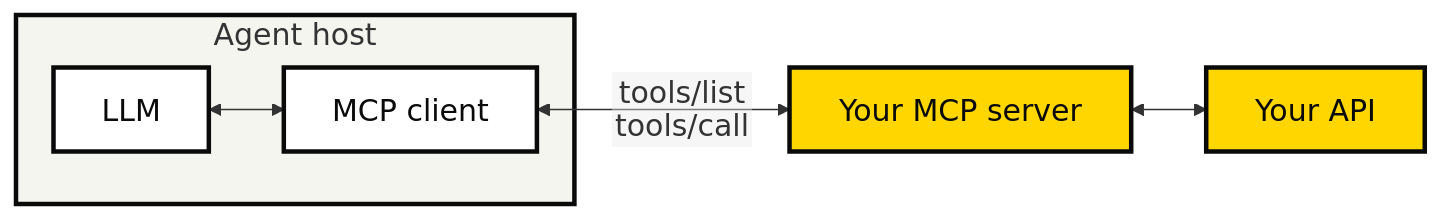
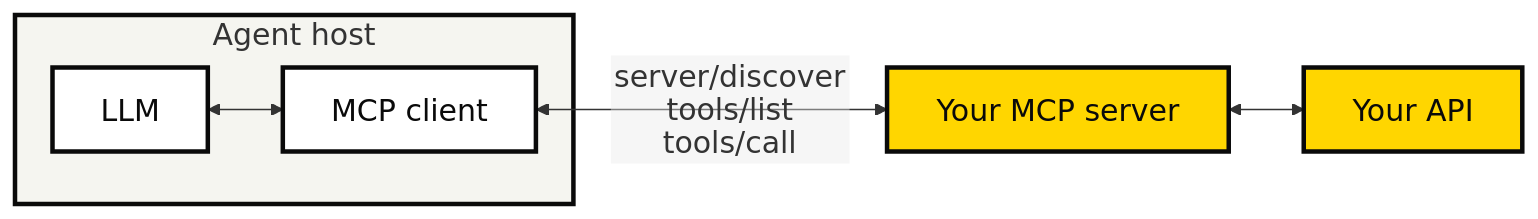
One commit to IndrajeetPatil/software-for-agentic-age changed the diagram in index.qmd. Above: the diagram before and after it, drawn with Mermaid. The commit also changed other lines of this file and 4 other files, not shown here.

````diff
--- a/index.qmd
+++ b/index.qmd
@@ -473,17 +473,17 @@
 ```{mermaid}
 %%| eval: true
 %%| echo: false
 %%{init: {"htmlLabels": false, "flowchart": {"htmlLabels": false, "padding": 16}, "themeVariables": {"fontFamily": "Space Grotesk, sans-serif", "fontSize": "20px"}}}%%
 flowchart LR
     subgraph Host["Agent host"]
         M[LLM] <--> C[MCP client]
     end
-    C <-- "tools/list<br/>tools/call" --> S[Your MCP server]
+    C <-- "server/discover<br/>tools/list<br/>tools/call" --> S[Your MCP server]
     S <--> API[Your API]
 
     classDef box fill:#ffffff,stroke:#0a0a0a,stroke-width:3px,color:#0a0a0a
     classDef yours fill:#ffd600,stroke:#0a0a0a,stroke-width:3px,color:#0a0a0a
     class M,C box
     class S,API yours
     style Host fill:#f5f5f0,stroke:#0a0a0a,stroke-width:3px,color:#0a0a0a
 ```
````
